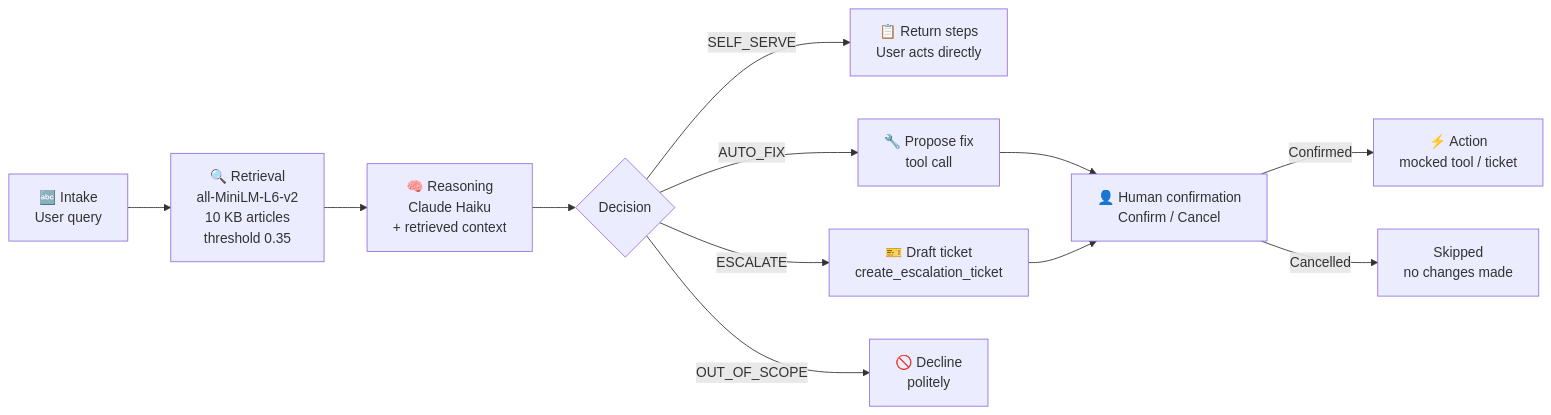
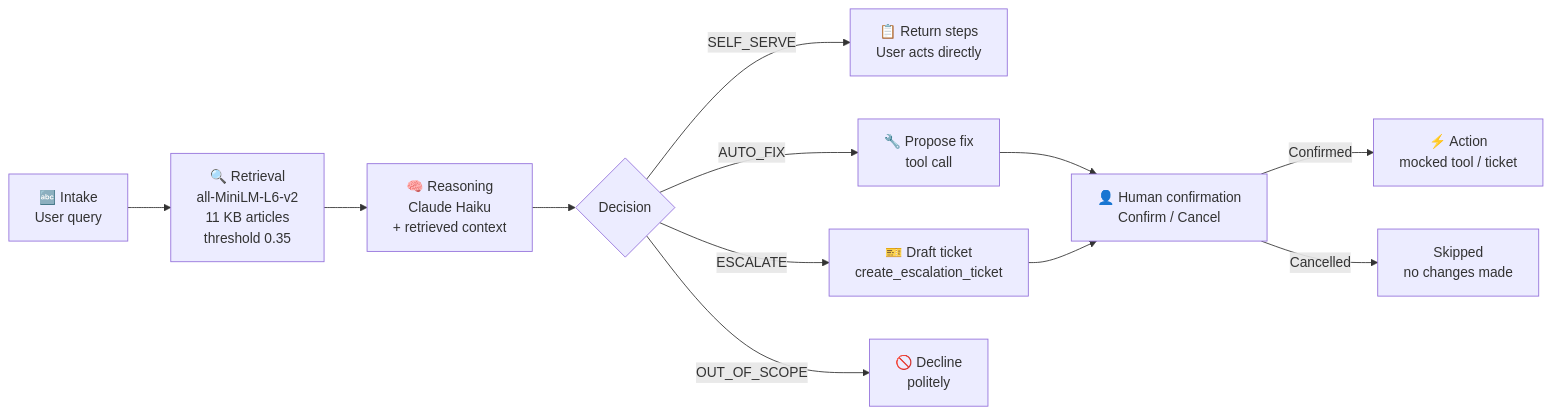
Before and after one commit to 495temych/L1-support-agent: the diagram in README.md, drawn with Mermaid. The commit also changed other lines of this file, not shown here.

````diff
--- a/README.md
+++ b/README.md
@@ -11,14 +48,14 @@
 ```mermaid
 flowchart LR
-    A["🔤 Intake\nUser query"] --> B["🔍 Retrieval\nall-MiniLM-L6-v2\n10 KB articles\nthreshold 0.35"]
+    A["🔤 Intake\nUser query"] --> B["🔍 Retrieval\nall-MiniLM-L6-v2\n11 KB articles\nthreshold 0.35"]
     B --> C["🧠 Reasoning\nClaude Haiku\n+ retrieved context"]
     C --> D{"Decision"}
     D -- SELF_SERVE --> E["📋 Return steps\nUser acts directly"]
     D -- AUTO_FIX --> F["🔧 Propose fix\ntool call"]
     D -- ESCALATE --> G["🎫 Draft ticket\ncreate_escalation_ticket"]
     D -- OUT_OF_SCOPE --> H["🚫 Decline\npolitely"]
     F --> I["👤 Human confirmation\nConfirm / Cancel"]
     G --> I
     I -- Confirmed --> J["⚡ Action\nmocked tool / ticket"]
     I -- Cancelled --> K["Skipped\nno changes made"]
 ```
````
